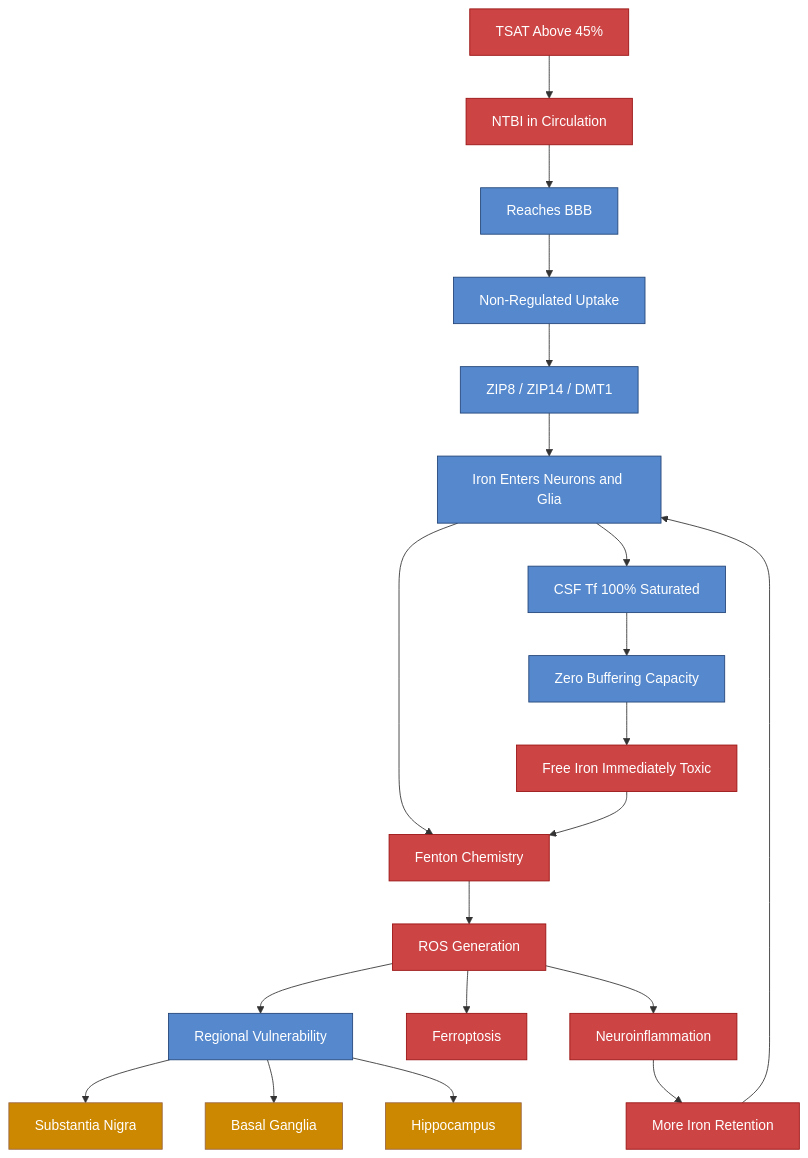
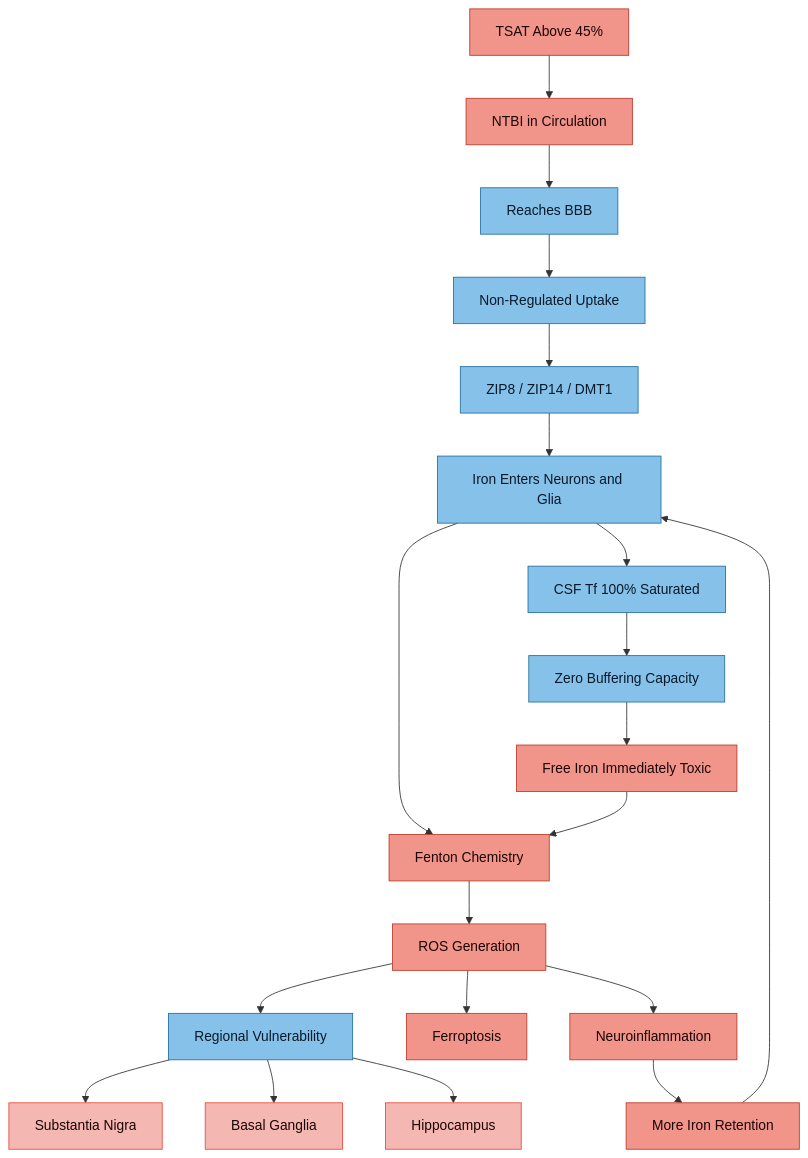
One commit to Aegis-commits/ag-hfe-adhd-asd-research changed the diagram in research/NTBI in the Brain.md. Above: the diagram before and after it, drawn with Mermaid. The commit also changed 39 other files, not shown here.

First line of the commit message:
docs(vault): standardise diagram colours for light-mode readability, add MOC quick nav

````diff
--- a/research/NTBI in the Brain.md
+++ b/research/NTBI in the Brain.md
@@ -29,33 +29,33 @@
 ```mermaid
 flowchart TD
     A["TSAT Above 45%"] --> B["NTBI in Circulation"]
     B --> C["Reaches BBB"]
     C --> D["Non-Regulated Uptake"]
     D --> E["ZIP8 / ZIP14 / DMT1"]
     E --> F["Iron Enters Neurons and Glia"]
     F --> G["Fenton Chemistry"]
     G --> H["ROS Generation"]
     H --> I["Regional Vulnerability"]
 
     I --> J["Substantia Nigra"]
     I --> K["Basal Ganglia"]
     I --> L["Hippocampus"]
 
     F --> M["CSF Tf 100% Saturated"]
     M --> N["Zero Buffering Capacity"]
     N --> O["Free Iron Immediately Toxic"]
     O --> G
 
     H --> P["Ferroptosis"]
     H --> Q["Neuroinflammation"]
     Q --> R["More Iron Retention"]
     R --> F
 
-    classDef pathological fill:#c44,color:#fff,stroke:#911
-    classDef vulnerable fill:#c80,color:#fff,stroke:#964
-    classDef neutral fill:#58c,color:#fff,stroke:#247
+    classDef pathological fill:#f1948a,stroke:#c0392b,color:#1a0505
+    classDef vulnerable fill:#f5b7b1,stroke:#e74c3c,color:#1a0505
+    classDef neutral fill:#85c1e9,stroke:#2471a3,color:#0a1929
 
     class A,B,G,H,O,P,Q,R pathological
     class J,K,L vulnerable
     class C,D,E,F,I,M,N neutral
 ```
````
